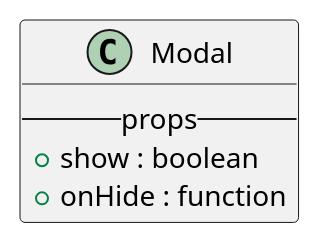
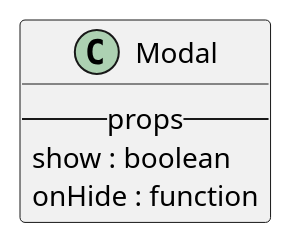
One commit to M9k/Marvin-Uml changed the diagram in react/bootstrap/modal.iuml. Above: the diagram before and after it, drawn with PlantUML. The commit also changed 10 other files, not shown here.

```diff
--- a/react/bootstrap/modal.iuml
+++ b/react/bootstrap/modal.iuml
@@ -1,5 +1,5 @@
 class Modal {
     --props--
-       + show : boolean
-       + onHide : function
+        show : boolean
+        onHide : function
 }
```
